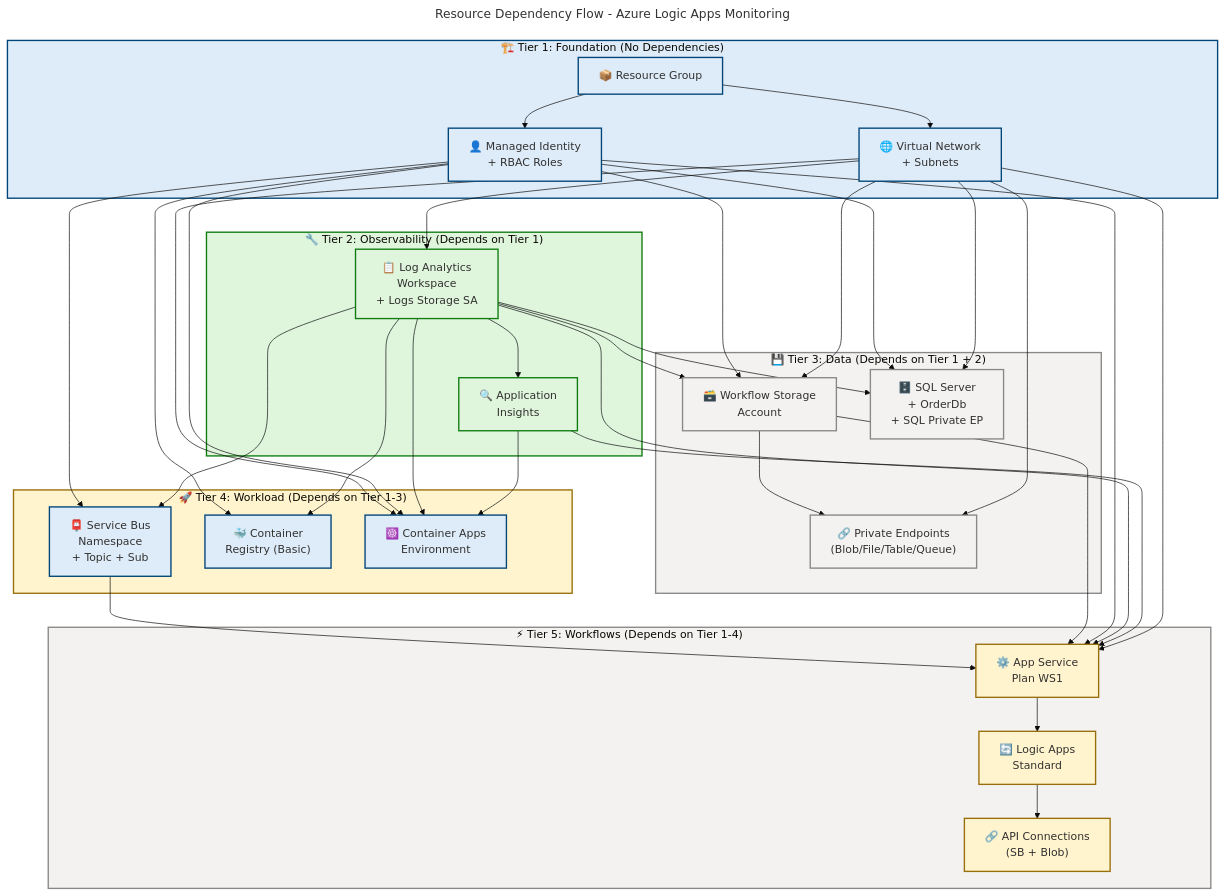
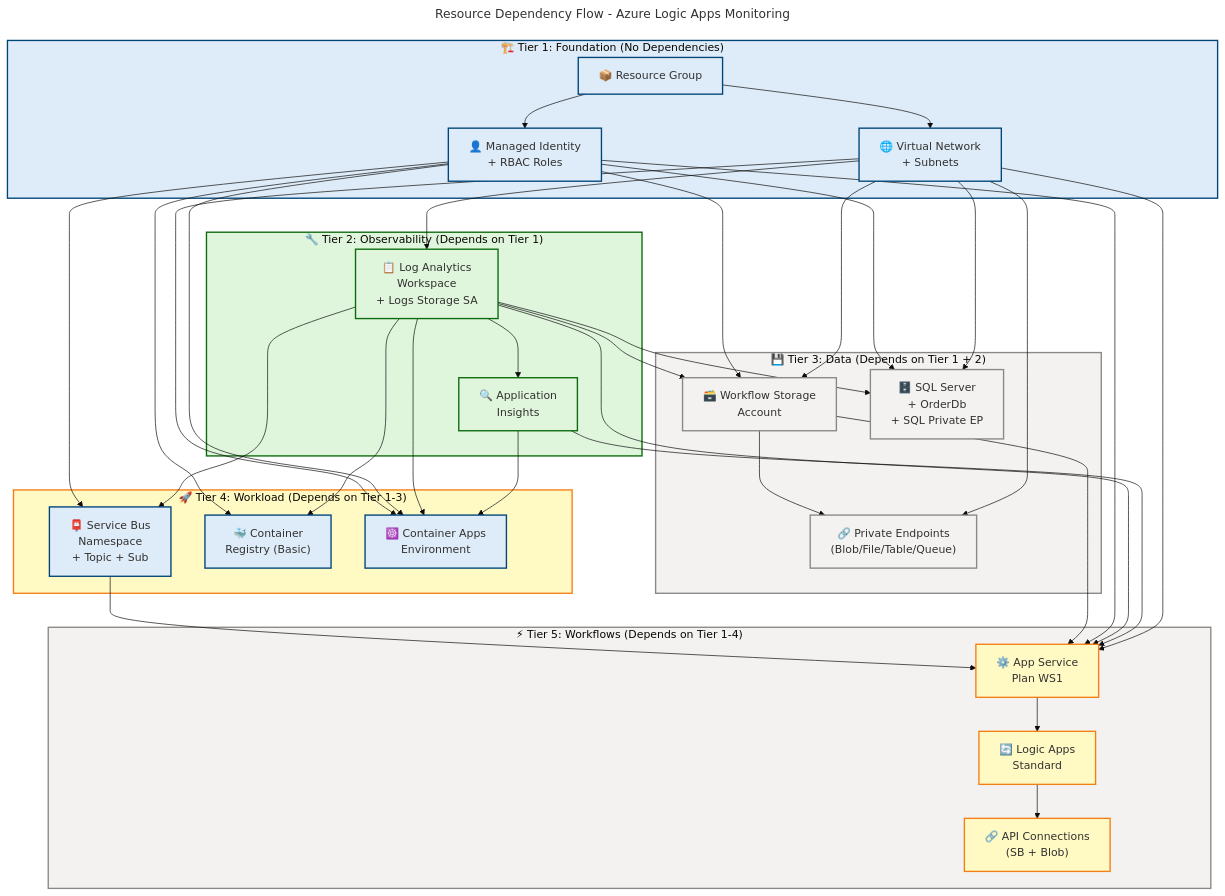
One commit to Evilazaro/Azure-LogicApps-Monitoring changed the third of 3 diagrams in docs/architecture/Technology-Layer-Architecture.md. Above: the diagram before and after it, drawn with Mermaid. The commit also changed other lines of this file and 3 other files, not shown here.

Commit message:
docs: update color definitions in architecture diagrams for improved clarity and consistency

```diff
--- a/docs/architecture/Technology-Layer-Architecture.md
+++ b/docs/architecture/Technology-Layer-Architecture.md
@@ -869,14 +869,14 @@
     LADep --> ConsDep
 
     style Tier1 fill:#DEECF9,stroke:#004578,stroke-width:2px,color:#323130
-    style Tier2 fill:#DFF6DD,stroke:#107C10,stroke-width:2px,color:#323130
+    style Tier2 fill:#DFF6DD,stroke:#0B6A0B,stroke-width:2px,color:#323130
     style Tier3 fill:#F3F2F1,stroke:#8A8886,stroke-width:2px,color:#323130
-    style Tier4 fill:#FFF4CE,stroke:#986F0B,stroke-width:2px,color:#323130
+    style Tier4 fill:#FFF9C4,stroke:#F57F17,stroke-width:2px,color:#323130
     style Tier5 fill:#F3F2F1,stroke:#8A8886,stroke-width:2px,color:#323130
 
     classDef azureBlue fill:#DEECF9,stroke:#004578,stroke-width:2px,color:#323130
-    classDef successGreen fill:#DFF6DD,stroke:#107C10,stroke-width:2px,color:#323130
-    classDef warningYellow fill:#FFF4CE,stroke:#986F0B,stroke-width:2px,color:#323130
+    classDef successGreen fill:#DFF6DD,stroke:#0B6A0B,stroke-width:2px,color:#323130
+    classDef warningYellow fill:#FFF9C4,stroke:#F57F17,stroke-width:2px,color:#323130
     classDef neutralGrey fill:#F3F2F1,stroke:#8A8886,stroke-width:2px,color:#323130
 
     class RG,VNetDep,MIDep azureBlue
```
